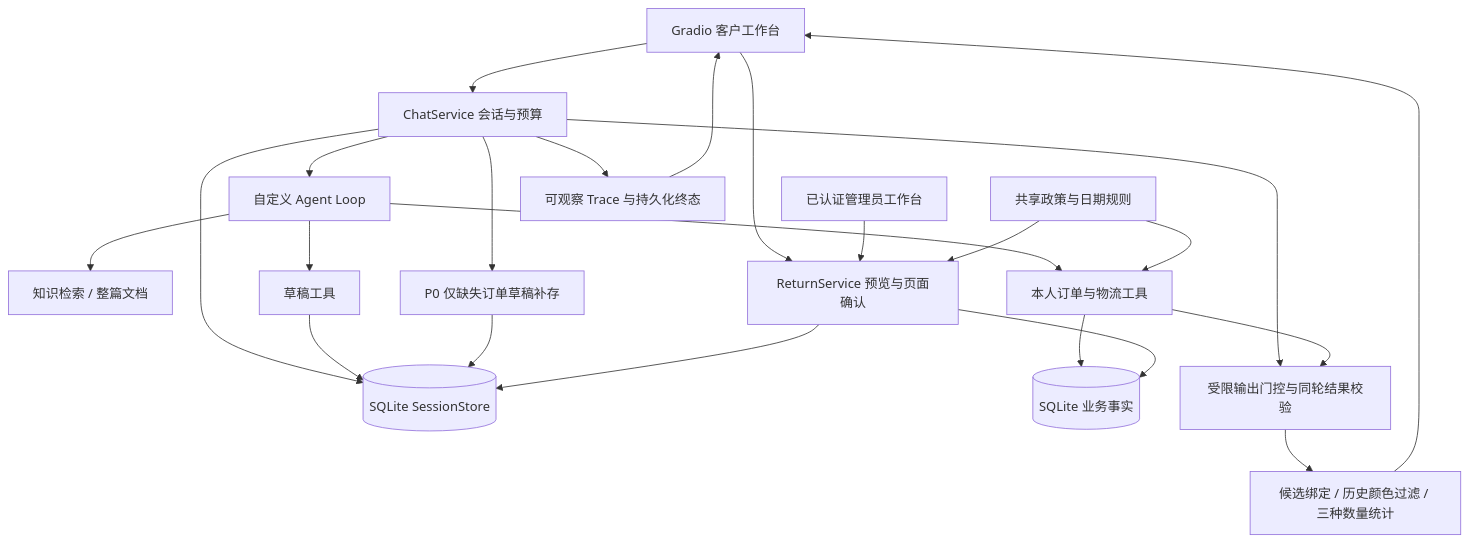
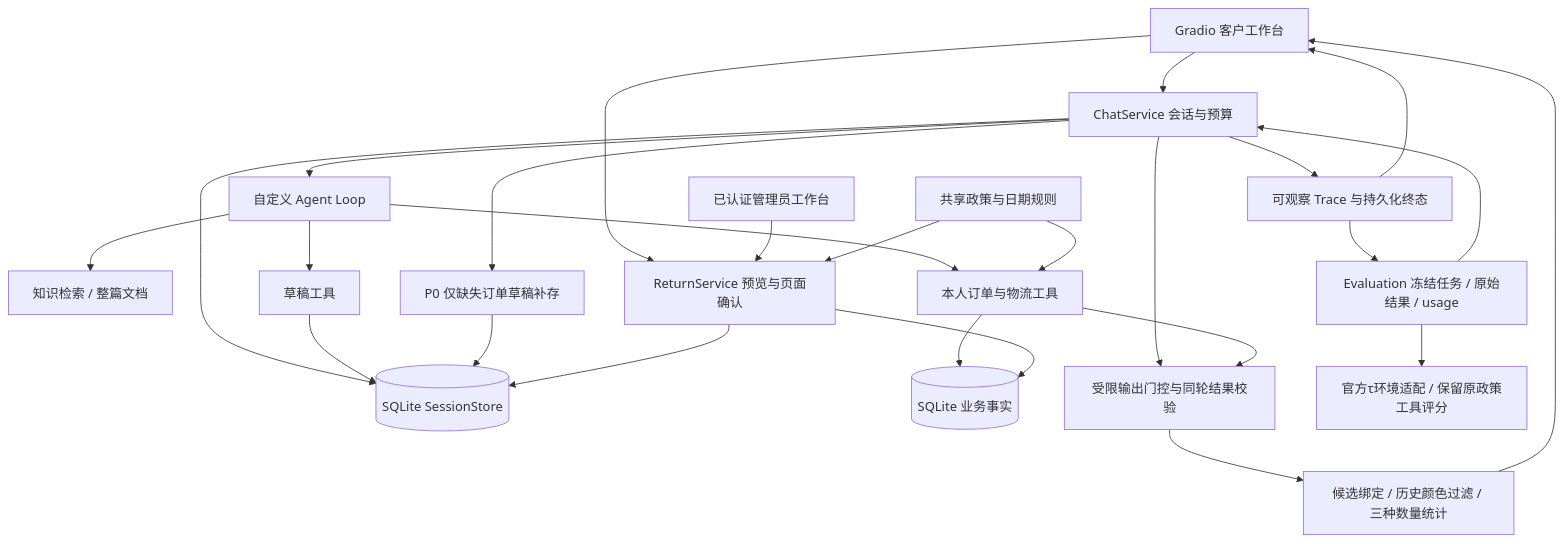
The diagram in docs/DELIVERY_ARCHITECTURE.md (qingtian-4/ecommerce-agent), drawn with Mermaid before and after one commit. The commit also changed other lines of this file and 71 other files, not shown here.

````diff
--- a/docs/DELIVERY_ARCHITECTURE.md
+++ b/docs/DELIVERY_ARCHITECTURE.md
@@ -6,25 +6,28 @@
 ```mermaid
 flowchart TD
   U[Gradio 客户工作台] --> C[ChatService 会话与预算]
   C --> S[(SQLite SessionStore)]
   C --> L[自定义 Agent Loop]
   L --> K[知识检索 / 整篇文档]
   L --> B[本人订单与物流工具]
   B --> D[(SQLite 业务事实)]
   L --> T[草稿工具]
   T --> S
   C --> V[受限输出门控与同轮结果校验]
   B --> V
   V --> P[候选绑定 / 历史颜色过滤 / 三种数量统计]
   P --> U
   C --> I[P0 仅缺失订单草稿补存]
   I --> S
   U --> R[ReturnService 预览与页面确认]
   R --> D
   R --> S
   A[已认证管理员工作台] --> R
   Q[共享政策与日期规则] --> B
   Q --> R
   C --> E[可观察 Trace 与持久化终态]
   E --> U
+  EV[Evaluation 冻结任务 / 原始结果 / usage] --> C
+  E --> EV
+  EV --> TAU[官方τ环境适配 / 保留原政策工具评分]
 ```
````
